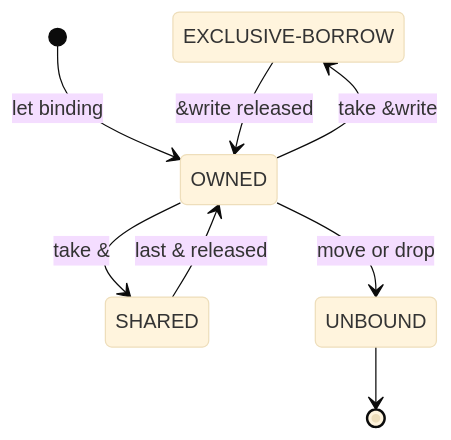
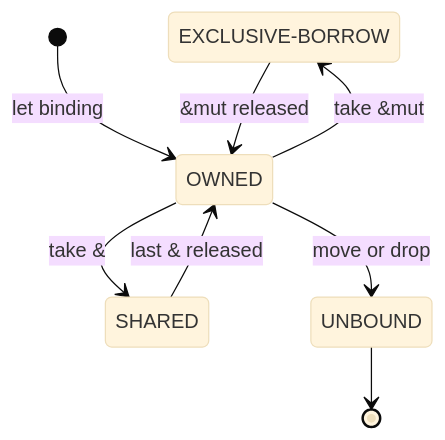
One commit to hedge-lang/hedge changed the diagram in specification/0002-execution-model.md. Above: the diagram before and after it, drawn with Mermaid (base theme). The commit also changed other lines of this file and 43 other files, not shown here.

````diff
--- a/specification/0002-execution-model.md
+++ b/specification/0002-execution-model.md
@@ -27,11 +27,11 @@
 ```mermaid
 stateDiagram-v2
   state "EXCLUSIVE-BORROW" as EXCLUSIVE
   [*] --> OWNED: let binding
   OWNED --> SHARED: take &
   SHARED --> OWNED: last & released
-  OWNED --> EXCLUSIVE: take &write
-  EXCLUSIVE --> OWNED: &write released
+  OWNED --> EXCLUSIVE: take &mut
+  EXCLUSIVE --> OWNED: &mut released
   OWNED --> UNBOUND: move or drop
   UNBOUND --> [*]
 ```
````
